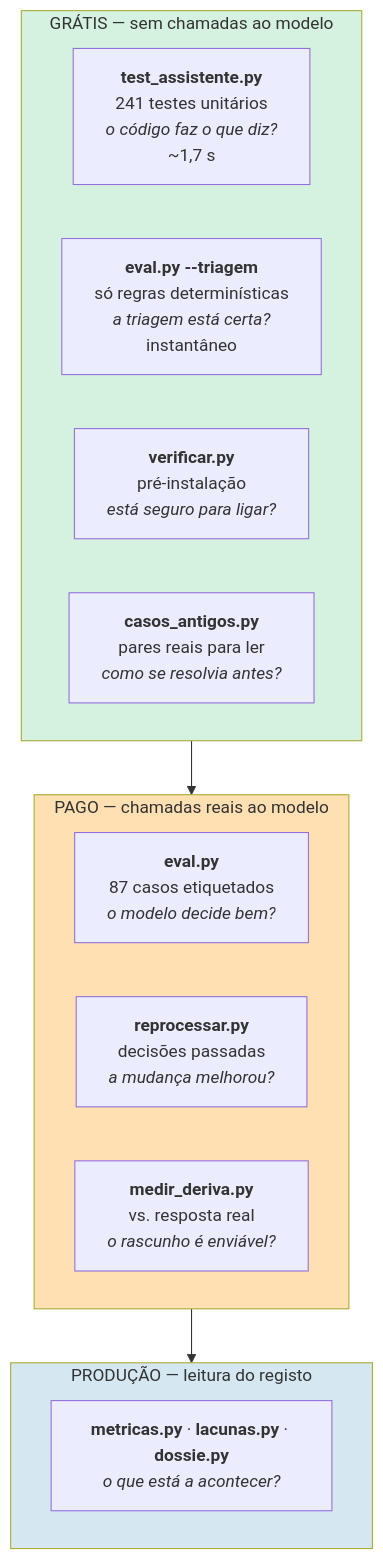
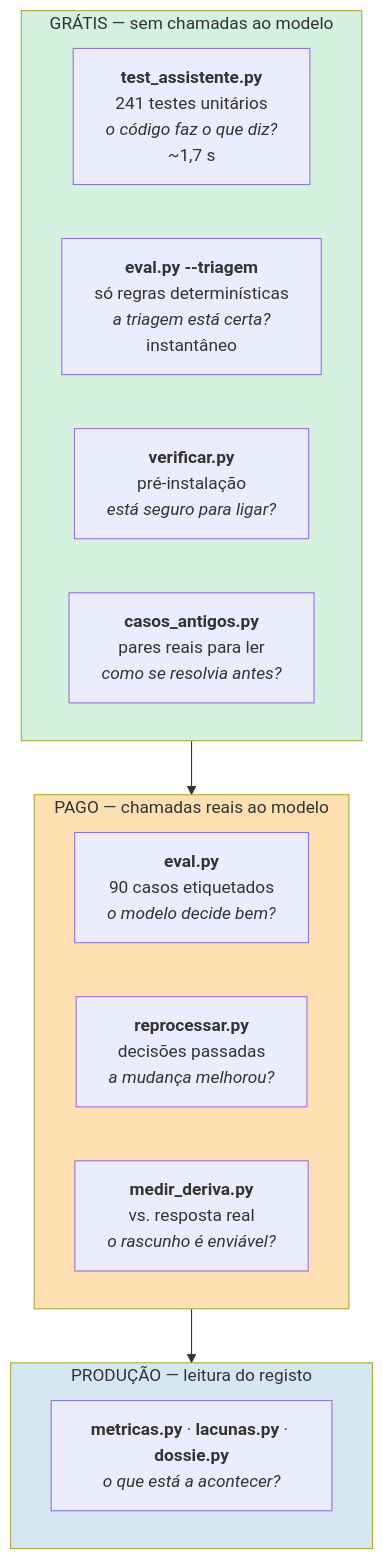
The first of 3 diagrams in docs/05-reliability/qa.md (joaocarvalhini/Outlook-Reply-Assistant), drawn with Mermaid before and after one commit. The commit also changed other lines of this file and 10 other files, not shown here.

````diff
--- a/docs/05-reliability/qa.md
+++ b/docs/05-reliability/qa.md
@@ -19,22 +19,22 @@
 ```mermaid
 flowchart TB
     subgraph G["GRÁTIS — sem chamadas ao modelo"]
         T1["<b>test_assistente.py</b><br/>241 testes unitários<br/><i>o código faz o que diz?</i><br/>~1,7 s"]
         T2["<b>eval.py --triagem</b><br/>só regras determinísticas<br/><i>a triagem está certa?</i><br/>instantâneo"]
         T3["<b>verificar.py</b><br/>pré-instalação<br/><i>está seguro para ligar?</i>"]
         T4["<b>casos_antigos.py</b><br/>pares reais para ler<br/><i>como se resolvia antes?</i>"]
     end
     subgraph P["PAGO — chamadas reais ao modelo"]
-        T5["<b>eval.py</b><br/>87 casos etiquetados<br/><i>o modelo decide bem?</i>"]
+        T5["<b>eval.py</b><br/>90 casos etiquetados<br/><i>o modelo decide bem?</i>"]
         T6["<b>reprocessar.py</b><br/>decisões passadas<br/><i>a mudança melhorou?</i>"]
         T7["<b>medir_deriva.py</b><br/>vs. resposta real<br/><i>o rascunho é enviável?</i>"]
     end
     subgraph PR["PRODUÇÃO — leitura do registo"]
         T8["<b>metricas.py</b> · <b>lacunas.py</b> · <b>dossie.py</b><br/><i>o que está a acontecer?</i>"]
     end
 
     G --> P --> PR
     style G fill:#d5f2e0
     style P fill:#ffe0b2
     style PR fill:#d5e8f2
 ```
````
